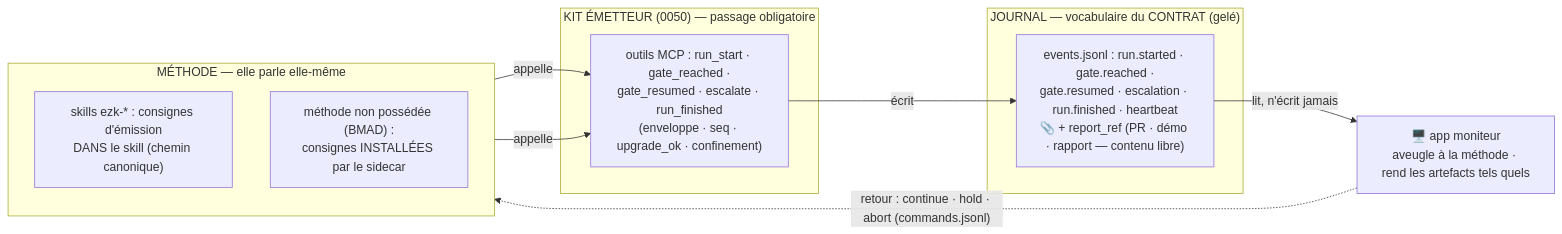
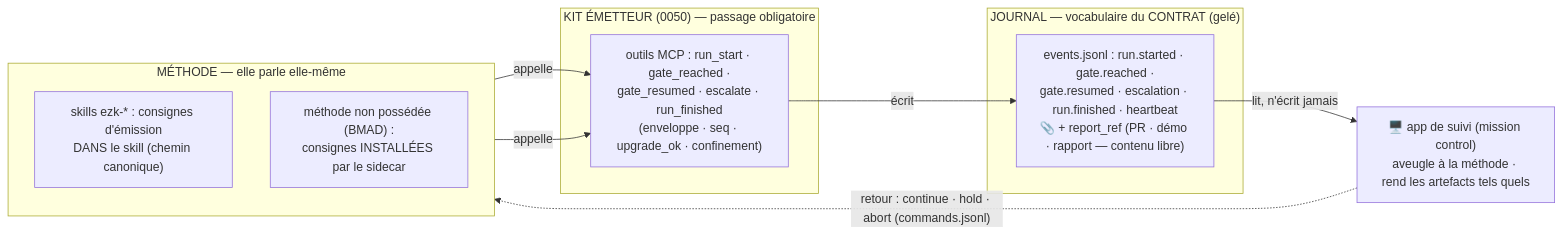
The second of 3 diagrams in products/mega-city/docs/method-map.md (elzinko/vectorz), drawn with Mermaid before and after one commit. The commit also changed other lines of this file and 49 other files, not shown here.

````diff
--- a/products/mega-city/docs/method-map.md
+++ b/products/mega-city/docs/method-map.md
@@ -66,21 +66,21 @@
 ```mermaid
 flowchart LR
     subgraph MET["MÉTHODE — elle parle elle-même"]
         direction TB
         M1["skills ezk-* : consignes d'émission<br/>DANS le skill (chemin canonique)"]
         M2["méthode non possédée (BMAD) :<br/>consignes INSTALLÉES par le sidecar"]
     end
     subgraph KIT["KIT ÉMETTEUR (0050) — passage obligatoire"]
         K["outils MCP : run_start · gate_reached ·<br/>gate_resumed · escalate · run_finished<br/>(enveloppe · seq · upgrade_ok · confinement)"]
     end
     subgraph CON["JOURNAL — vocabulaire du CONTRAT (gelé)"]
         J["events.jsonl : run.started · gate.reached ·<br/>gate.resumed · escalation · run.finished · heartbeat<br/>📎 + report_ref (PR · démo · rapport — contenu libre)"]
     end
-    MON["🖥️ app moniteur<br/>aveugle à la méthode · rend les artefacts tels quels"]
+    MON["🖥️ app de suivi (mission control)<br/>aveugle à la méthode · rend les artefacts tels quels"]
 
     M1 -->|appelle| K
     M2 -->|appelle| K
     K -->|écrit| J
     J -->|lit, n'écrit jamais| MON
     MON -.->|"retour : continue · hold · abort (commands.jsonl)"| MET
 ```
````
